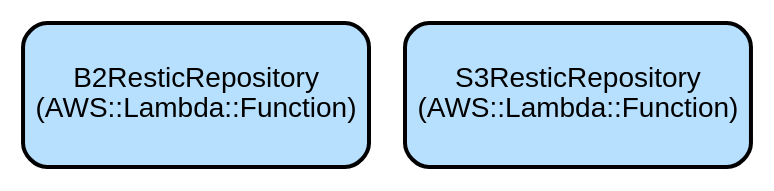
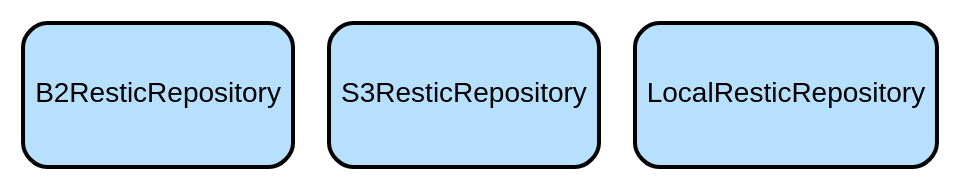
The diagram in docs/resources/images/infra.dot (Auriora/TimeLocker), drawn with Graphviz before and after one commit. The commit also changed 2 other files, not shown here.

Commit message:
Update docs and diagrams: enhance formatting and add node
Bold formatting was added to README documentation links for clarity. Infrastructure diagrams were updated to include the "LocalResticRepository" node and adjusted SVG attributes for improved rendering.

```diff
--- a/docs/resources/images/infra.dot
+++ b/docs/resources/images/infra.dot
@@ -1,7 +1,6 @@
 digraph INFRA {
   node [ color = "black", fillcolor = "#E6E6E6", height =1, style = "filled,bold,rounded", fontname = "Arial" ];
-  "B2ResticRepository" [ label = "B2ResticRepository
-(AWS::Lambda::Function)", shape =rectangle, fillcolor = "#B7E0FF" ];
-  "S3ResticRepository" [ label = "S3ResticRepository
-(AWS::Lambda::Function)", shape =rectangle, fillcolor = "#B7E0FF" ];
+  "B2ResticRepository" [ label = "B2ResticRepository", shape =rectangle, fillcolor = "#B7E0FF" ];
+  "S3ResticRepository" [ label = "S3ResticRepository", shape =rectangle, fillcolor = "#B7E0FF" ];
+  "LocalResticRepository" [ label = "LocalResticRepository", shape =rectangle, fillcolor = "#B7E0FF" ];
 }
```
